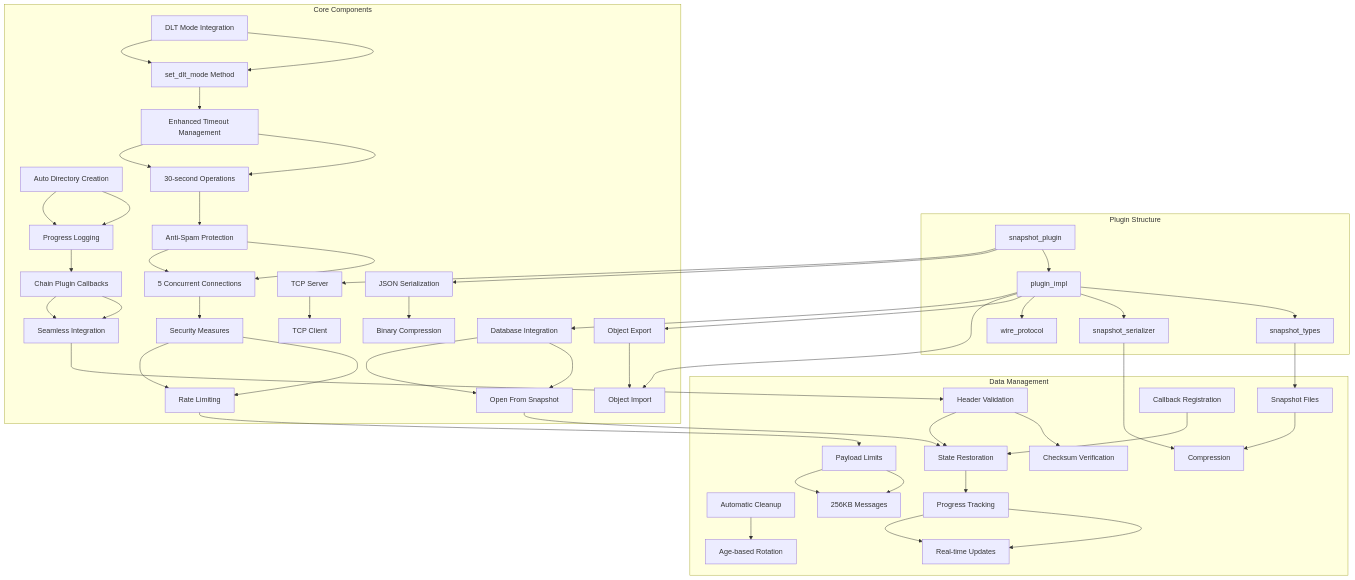
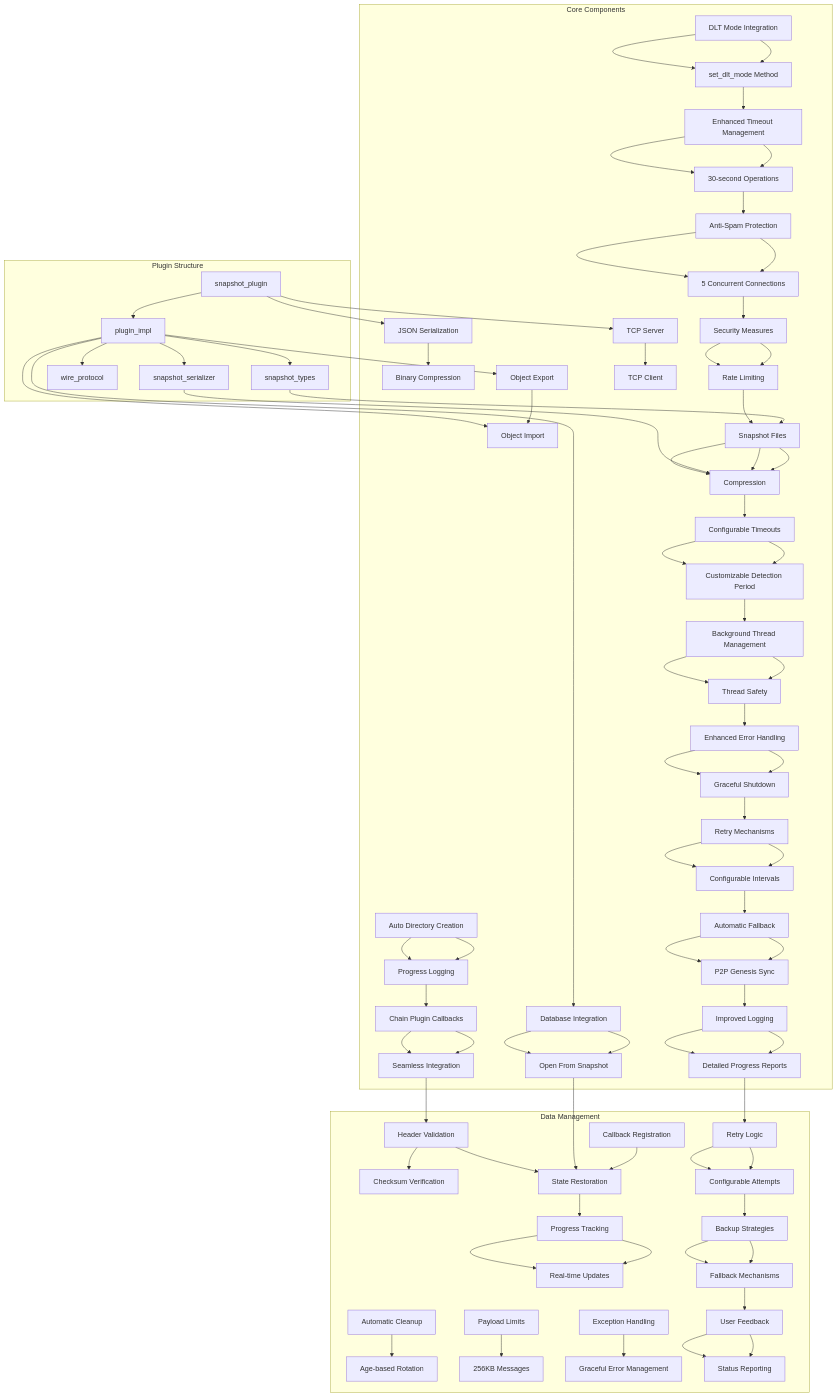
Before and after one commit to VIZ-Blockchain/viz-cpp-node: the first of 33 diagrams in .qoder/repowiki/en/content/Plugin System/Snapshot Plugin System.md, drawn with Mermaid. The commit also changed other lines of this file and 5 other files, not shown here.

First line of the commit message:
perf(dlt_block_log): improve memory safety and crash recovery

````diff
--- a/.qoder/repowiki/en/content/Plugin System/Snapshot Plugin System.md
+++ b/.qoder/repowiki/en/content/Plugin System/Snapshot Plugin System.md
@@ -80,6 +93,13 @@
 T[Enhanced Timeout Management] --> U[30-second Operations]
 V[Anti-Spam Protection] --> W[5 Concurrent Connections]
 X[Security Measures] --> Y[Rate Limiting]
+Z[Stalled Sync Detection] --> AA[Automatic Recovery]
+BB[Configurable Timeouts] --> CC[Customizable Detection Period]
+DD[Background Thread Management] --> EE[Thread Safety]
+FF[Enhanced Error Handling] --> GG[Graceful Shutdown]
+HH[Retry Mechanisms] --> II[Configurable Intervals]
+JJ[Automatic Fallback] --> KK[P2P Genesis Sync]
+LL[Improved Logging] --> MM[Detailed Progress Reports]
 end
 subgraph "Data Management"
 Z[Snapshot Files] --> AA[Compression]
@@ -88,6 +108,10 @@
 AF[Automatic Cleanup] --> AG[Age-based Rotation]
 AH[Progress Tracking] --> AI[Real-time Updates]
 AJ[Payload Limits] --> AK[256KB Messages]
+AL[Exception Handling] --> AM[Graceful Error Management]
+AN[Retry Logic] --> AO[Configurable Attempts]
+AP[Backup Strategies] --> AQ[Fallback Mechanisms]
+AR[User Feedback] --> AS[Status Reporting]
 end
 A --> F
 A --> J
@@ -112,6 +136,24 @@
 V --> W
 W --> X
 X --> Y
-Y --> AJ
-AJ --> AK
+Y --> Z
+Z --> AA
+AA --> BB
+BB --> CC
+CC --> DD
+DD --> EE
+EE --> FF
+FF --> GG
+GG --> HH
+HH --> II
+II --> JJ
+JJ --> KK
+KK --> LL
+LL --> MM
+MM --> AN
+AN --> AO
+AO --> AP
+AP --> AQ
+AQ --> AR
+AR --> AS
 ```
````
